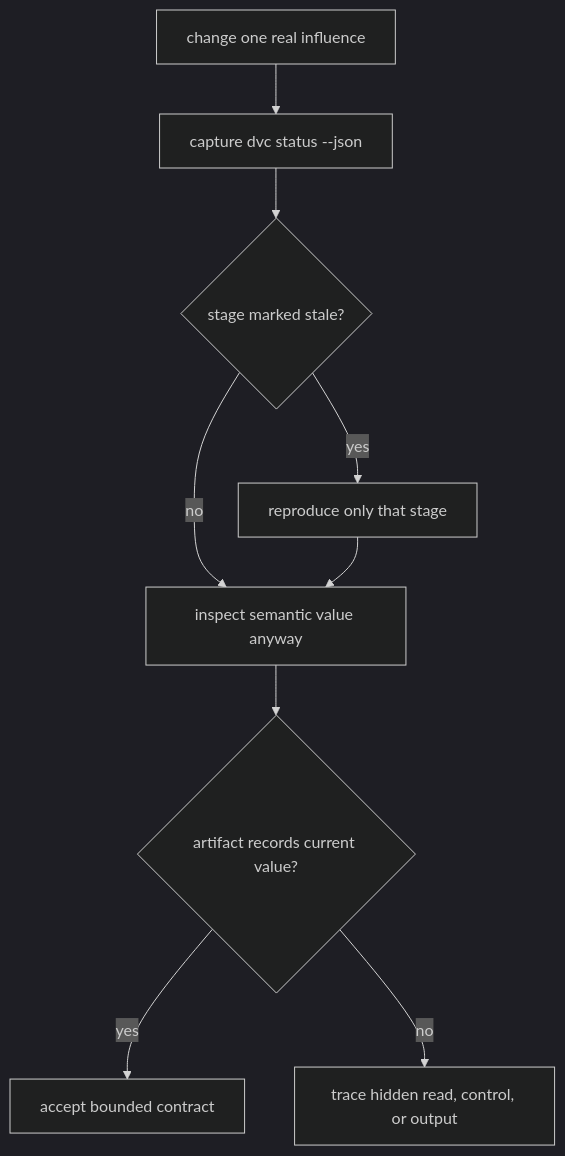
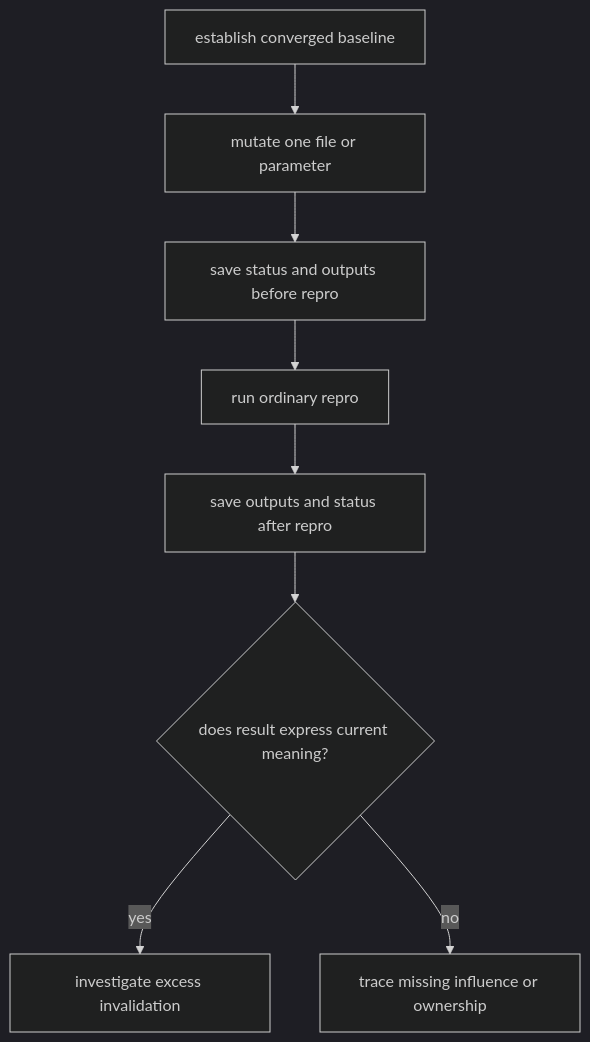
One commit to bijux/bijux-masterclass changed the third of 4 diagrams in programs/reproducible-research/deep-dive-dvc/course-book/module-04-truthful-pipelines-declared-dependencies/false-reruns-and-stale-outputs.md. Above: the diagram before and after it, drawn with Mermaid (dark theme). The commit also changed other lines of this file, not shown here.

Commit message:
docs(dvc): distinguish false reruns from stale outputs

````diff
--- a/programs/reproducible-research/deep-dive-dvc/course-book/module-04-truthful-pipelines-declared-dependencies/false-reruns-and-stale-outputs.md
+++ b/programs/reproducible-research/deep-dive-dvc/course-book/module-04-truthful-pipelines-declared-dependencies/false-reruns-and-stale-outputs.md
@@ -235,11 +56,10 @@
 ```mermaid
 flowchart TD
-  mutation["change one real influence"] --> status["capture dvc status --json"]
-  status --> planned{"stage marked stale?"}
-  planned -- yes --> rebuild["reproduce only that stage"]
-  planned -- no --> inspect["inspect semantic value anyway"]
-  rebuild --> inspect
-  inspect --> current{"artifact records current value?"}
-  current -- yes --> accept["accept bounded contract"]
-  current -- no --> trace["trace hidden read, control, or output"]
+  baseline["establish converged baseline"] --> mutation["mutate one file or parameter"]
+  mutation --> before["save status and outputs before repro"]
+  before --> normal["run ordinary repro"]
+  normal --> after["save outputs and status after repro"]
+  after --> question{"does result express current meaning?"}
+  question -- yes --> noise["investigate excess invalidation"]
+  question -- no --> missing["trace missing influence or ownership"]
 ```
````
